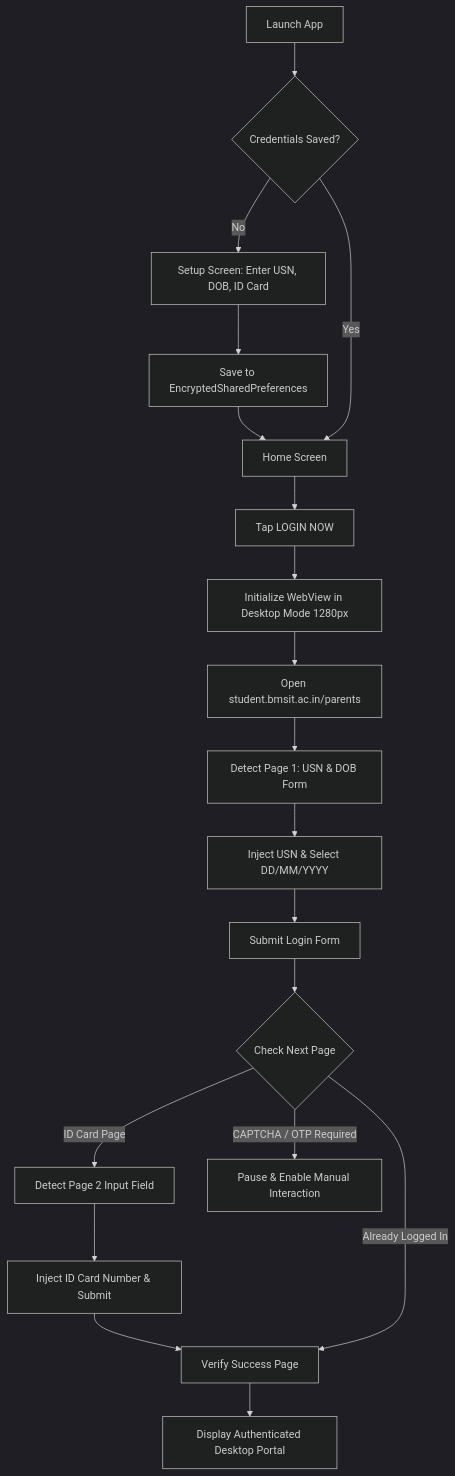
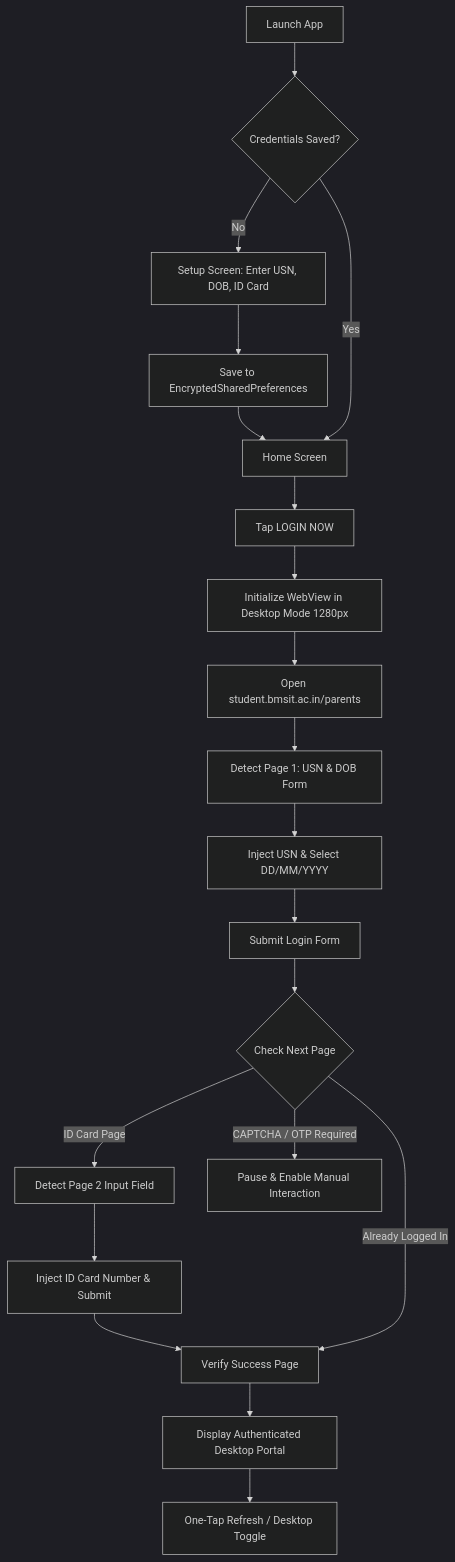
The diagram in README.md (adityasing9/BMSIT-CP), drawn with Mermaid (dark theme) before and after one commit. The commit also changed other lines of this file, not shown here.

Commit message:
docs: document one-tap page refresh feature in README

````diff
--- a/README.md
+++ b/README.md
@@ -93,26 +100,27 @@
 ```mermaid
 flowchart TD
     A[Launch App] --> B{Credentials Saved?}
     B -- No --> C[Setup Screen: Enter USN, DOB, ID Card]
     C --> D[Save to EncryptedSharedPreferences]
     D --> E[Home Screen]
     B -- Yes --> E[Home Screen]
     
     E --> F[Tap LOGIN NOW]
     F --> G[Initialize WebView in Desktop Mode 1280px]
     G --> H[Open student.bmsit.ac.in/parents]
     
     H --> I[Detect Page 1: USN & DOB Form]
     I --> J[Inject USN & Select DD/MM/YYYY]
     J --> K[Submit Login Form]
     
     K --> L{Check Next Page}
     L -- ID Card Page --> M[Detect Page 2 Input Field]
     M --> N[Inject ID Card Number & Submit]
     N --> O[Verify Success Page]
     
     L -- Already Logged In --> O[Verify Success Page]
     L -- CAPTCHA / OTP Required --> P[Pause & Enable Manual Interaction]
     
     O --> Q[Display Authenticated Desktop Portal]
+    Q --> R[One-Tap Refresh / Desktop Toggle]
 ```
````
